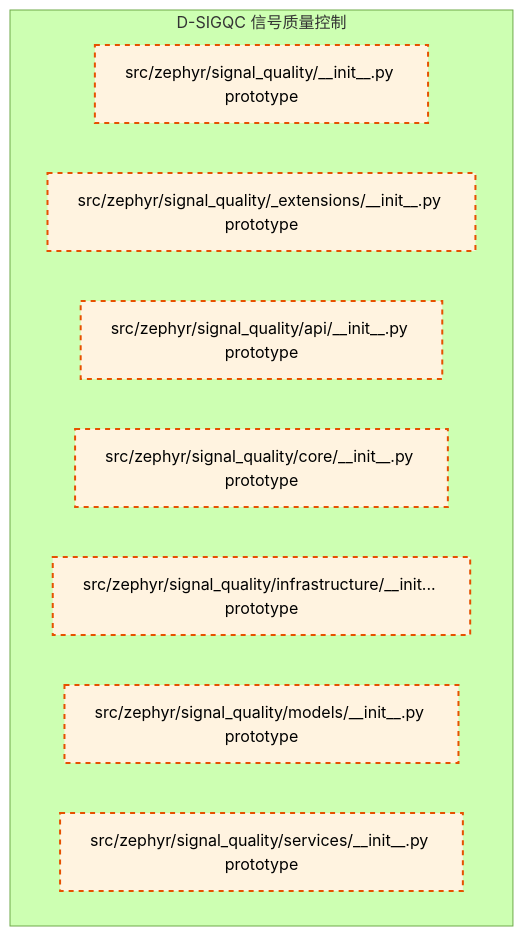
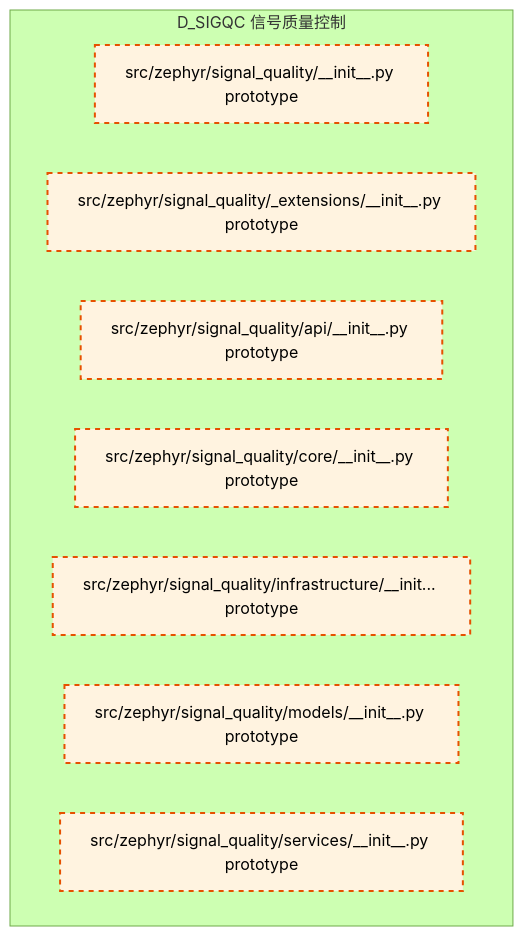
One commit to xuanFelixVan/ZephyrAlpha changed the diagram in docs/02_enterprise_architecture/02_domain_architecture_docs/50_d_sigqc.md. Above: the diagram before and after it, drawn with Mermaid (forest theme). The commit also changed other lines of this file and 106 other files, not shown here.

````diff
--- a/docs/02_enterprise_architecture/02_domain_architecture_docs/50_d_sigqc.md
+++ b/docs/02_enterprise_architecture/02_domain_architecture_docs/50_d_sigqc.md
@@ -47,17 +47,17 @@
 ```mermaid
 graph TD
-    subgraph D_SIGQC["D-SIGQC 信号质量控制"]
+    subgraph D_SIGQC["D_SIGQC 信号质量控制"]
         src_zephyr_signal_quality_init_py["src/zephyr/signal_quality/__init__.py prototype"]
         src_zephyr_signal_quality_extensions_init_py["src/zephyr/signal_quality/_extensions/__init__.py prototype"]
         src_zephyr_signal_quality_api_init_py["src/zephyr/signal_quality/api/__init__.py prototype"]
         src_zephyr_signal_quality_core_init_py["src/zephyr/signal_quality/core/__init__.py prototype"]
         src_zephyr_signal_quality_infrastructure_init_py["src/zephyr/signal_quality/infrastructure/__init... prototype"]
         src_zephyr_signal_quality_models_init_py["src/zephyr/signal_quality/models/__init__.py prototype"]
         src_zephyr_signal_quality_services_init_py["src/zephyr/signal_quality/services/__init__.py prototype"]
     end
     classDef production fill:#e1f5fe,stroke:#01579b,stroke-width:2px,color:#000
     classDef design fill:#fff3e0,stroke:#e65100,stroke-width:2px,color:#000,stroke-dasharray: 5 5
     classDef external_prod fill:#e8f5e9,stroke:#1b5e20,stroke-width:1px,color:#000
     classDef external_design fill:#fce4ec,stroke:#880e4f,stroke-width:1px,color:#000,stroke-dasharray: 5 5
     class src_zephyr_signal_quality_init_py,src_zephyr_signal_quality_extensions_init_py,src_zephyr_signal_quality_api_init_py,src_zephyr_signal_quality_core_init_py,src_zephyr_signal_quality_infrastructure_init_py,src_zephyr_signal_quality_models_init_py,src_zephyr_signal_quality_services_init_py design
 ```
````
